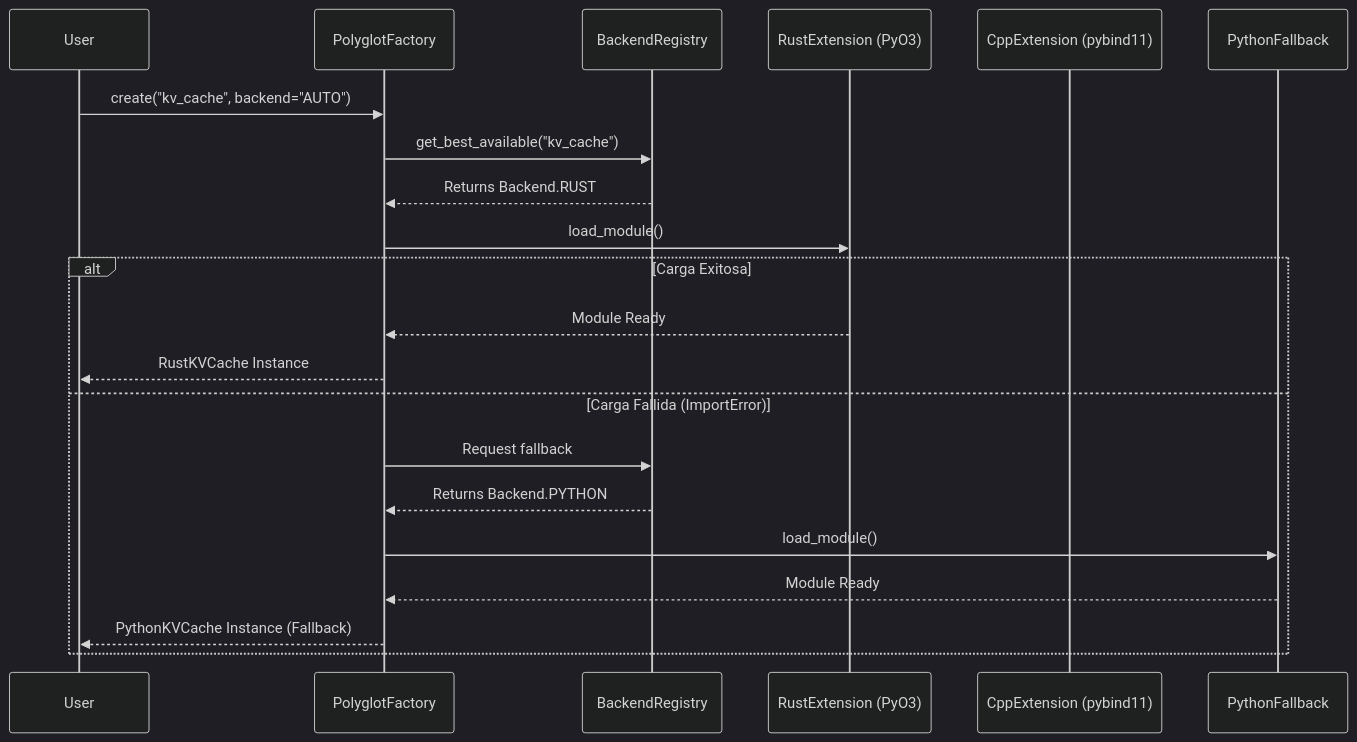
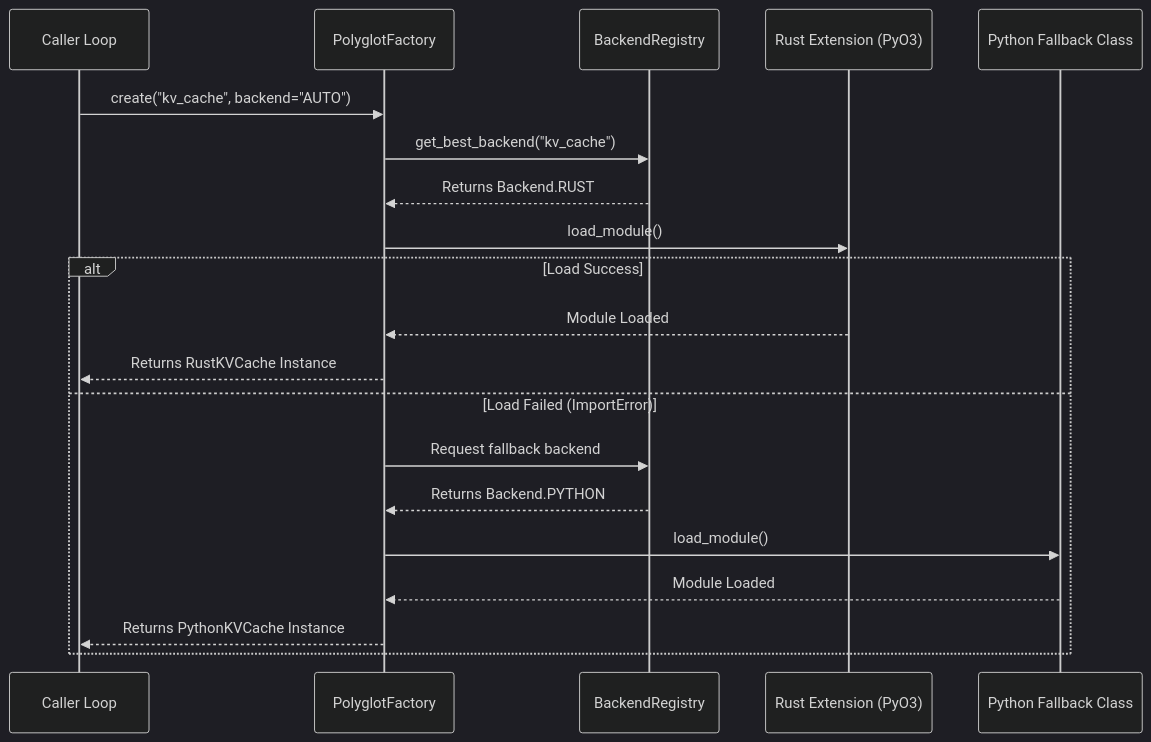
The diagram in specs/07_POLYGLOT_CORE_SPEC.md (OpenBlatam/Truthgpt), drawn with Mermaid (dark theme) before and after one commit. The commit also changed other lines of this file and 1995 other files, not shown here.

````diff
--- a/specs/07_POLYGLOT_CORE_SPEC.md
+++ b/specs/07_POLYGLOT_CORE_SPEC.md
@@ -19,25 +24,24 @@
 ```mermaid
 sequenceDiagram
-    participant User
+    participant User as Caller Loop
     participant Factory as PolyglotFactory
     participant Registry as BackendRegistry
-    participant Rust as RustExtension (PyO3)
-    participant Cpp as CppExtension (pybind11)
-    participant Py as PythonFallback
+    participant Rust as Rust Extension (PyO3)
+    participant Python as Python Fallback Class
 
     User->>Factory: create("kv_cache", backend="AUTO")
-    Factory->>Registry: get_best_available("kv_cache")
+    Factory->>Registry: get_best_backend("kv_cache")
     Registry-->>Factory: Returns Backend.RUST
     
     Factory->>Rust: load_module()
-    alt Carga Exitosa
-        Rust-->>Factory: Module Ready
-        Factory-->>User: RustKVCache Instance
-    else Carga Fallida (ImportError)
-        Factory->>Registry: Request fallback
+    alt Load Success
+        Rust-->>Factory: Module Loaded
+        Factory-->>User: Returns RustKVCache Instance
+    else Load Failed (ImportError)
+        Factory->>Registry: Request fallback backend
         Registry-->>Factory: Returns Backend.PYTHON
-        Factory->>Py: load_module()
-        Py-->>Factory: Module Ready
-        Factory-->>User: PythonKVCache Instance (Fallback)
+        Factory->>Python: load_module()
+        Python-->>Factory: Module Loaded
+        Factory-->>User: Returns PythonKVCache Instance
     end
 ```
````
